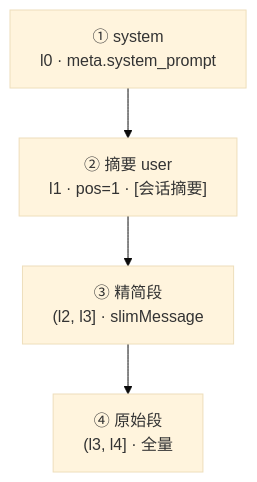
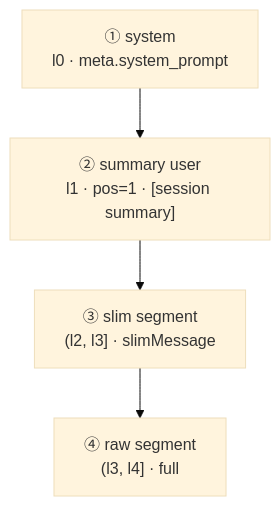
The third of 10 diagrams in docs/compression.md (freeanima-org/freeanima), drawn with Mermaid (base theme) before and after one commit. The commit also changed other lines of this file and 114 other files, not shown here.

````diff
--- a/docs/compression.md
+++ b/docs/compression.md
@@ -100,8 +100,8 @@
 ```mermaid
 flowchart TB
   sys["① system<br/>l0 · meta.system_prompt"]
-  sum["② 摘要 user<br/>l1 · pos=1 · [会话摘要]"]
-  slim["③ 精简段<br/>(l2, l3] · slimMessage"]
-  raw["④ 原始段<br/>(l3, l4] · 全量"]
+  sum["② summary user<br/>l1 · pos=1 · [session summary]"]
+  slim["③ slim segment<br/>(l2, l3] · slimMessage"]
+  raw["④ raw segment<br/>(l3, l4] · full"]
   sys --> sum --> slim --> raw
 ```
````
